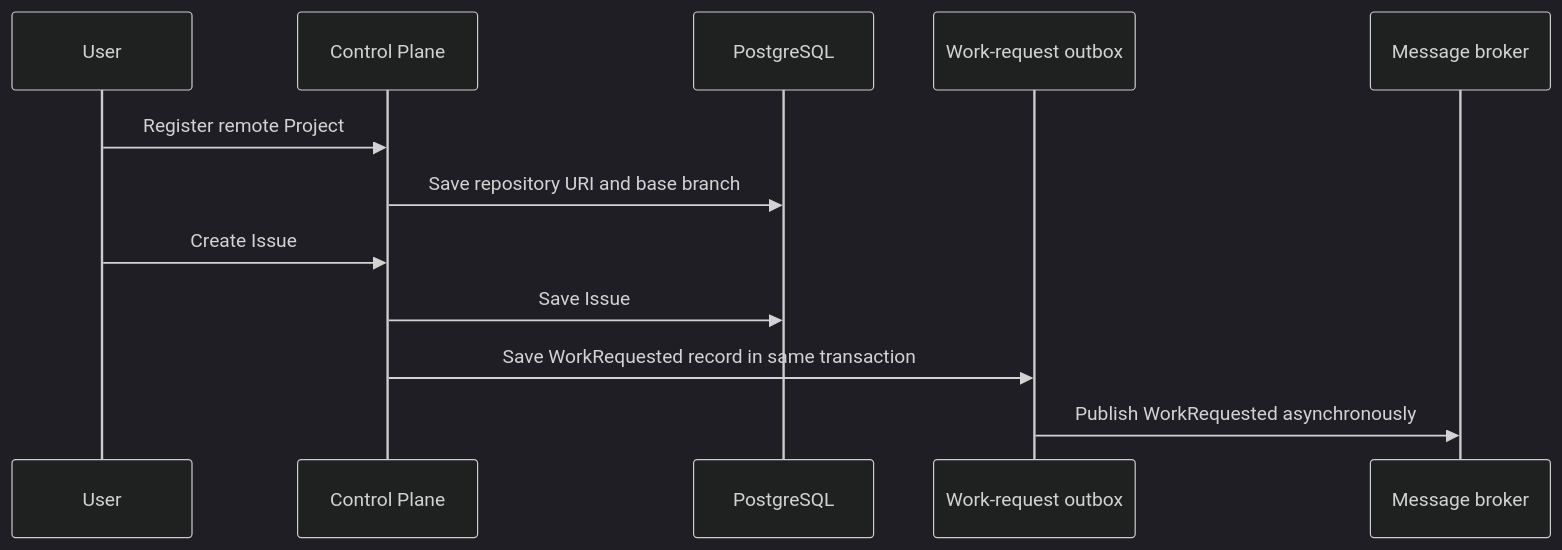
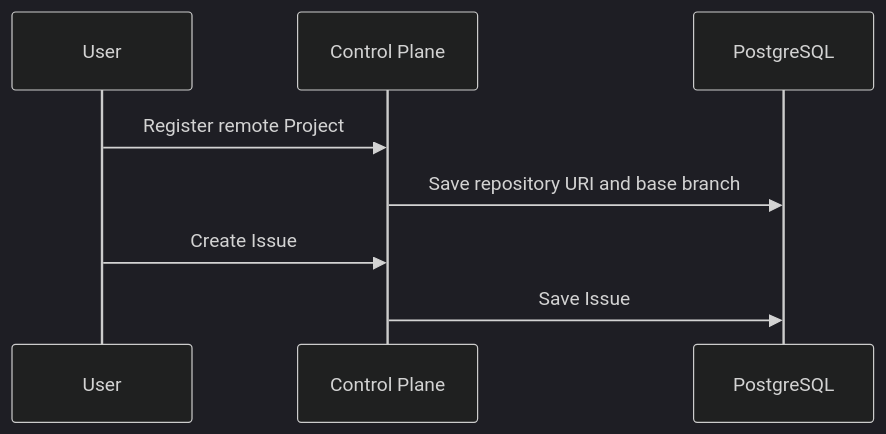
Before and after one commit to kim-sung-sig/local-agentic-worker: the diagram in docs/01-plan/control-plane/control-plane-master-plan.md, drawn with Mermaid (dark theme). The commit also changed other lines of this file and 17 other files, not shown here.

````diff
--- a/docs/01-plan/control-plane/control-plane-master-plan.md
+++ b/docs/01-plan/control-plane/control-plane-master-plan.md
@@ -15,15 +15,11 @@
 ```mermaid
 sequenceDiagram
     participant User
     participant CP as Control Plane
     participant DB as PostgreSQL
-    participant Outbox as Work-request outbox
-    participant Broker as Message broker
 
     User->>CP: Register remote Project
     CP->>DB: Save repository URI and base branch
     User->>CP: Create Issue
     CP->>DB: Save Issue
-    CP->>Outbox: Save WorkRequested record in same transaction
-    Outbox->>Broker: Publish WorkRequested asynchronously
 ```
````
